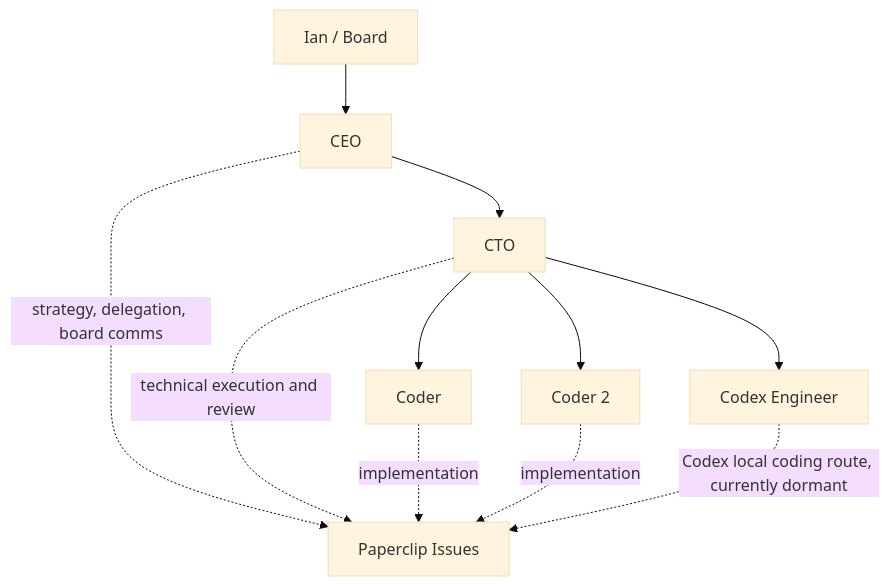
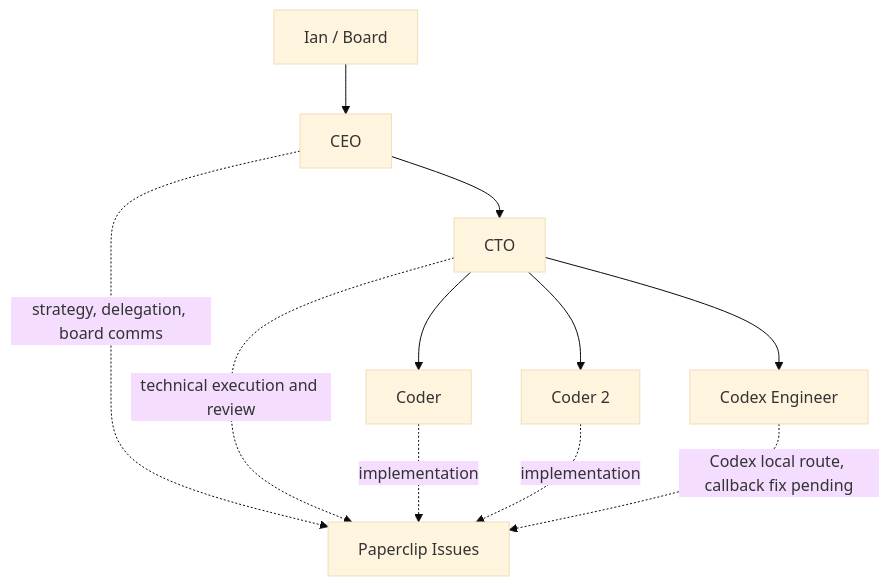
The second of 7 diagrams in docs/PAPERCLIP_SYSTEM_MEMO.md (ianbel1914-netizen/paperclip), drawn with Mermaid (base theme) before and after one commit. The commit also changed other lines of this file and 1 other file, not shown here.

````diff
--- a/docs/PAPERCLIP_SYSTEM_MEMO.md
+++ b/docs/PAPERCLIP_SYSTEM_MEMO.md
@@ -64,14 +64,14 @@
 ```mermaid
 flowchart TD
     Board["Ian / Board"] --> CEO["CEO"]
     CEO --> CTO["CTO"]
     CTO --> Coder1["Coder"]
     CTO --> Coder2["Coder 2"]
     CTO --> CodexEngineer["Codex Engineer"]
 
     CEO -. "strategy, delegation, board comms" .-> Issues["Paperclip Issues"]
     CTO -. "technical execution and review" .-> Issues
     Coder1 -. "implementation" .-> Issues
     Coder2 -. "implementation" .-> Issues
-    CodexEngineer -. "Codex local coding route, currently dormant" .-> Issues
+    CodexEngineer -. "Codex local route, callback fix pending" .-> Issues
 ```
````
